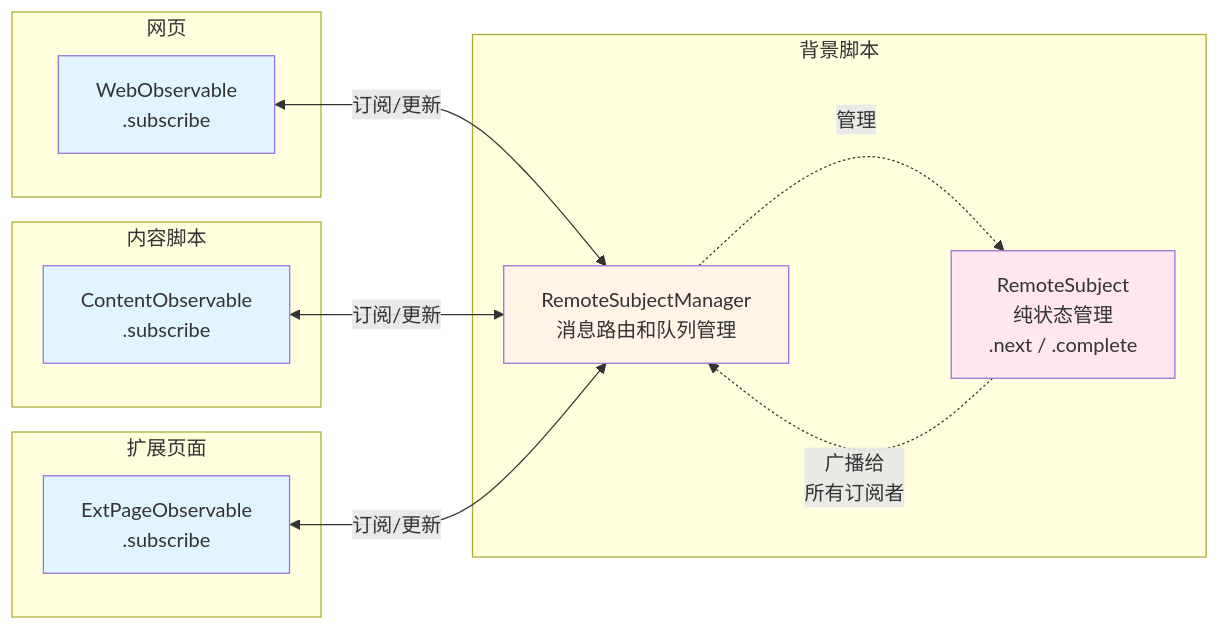
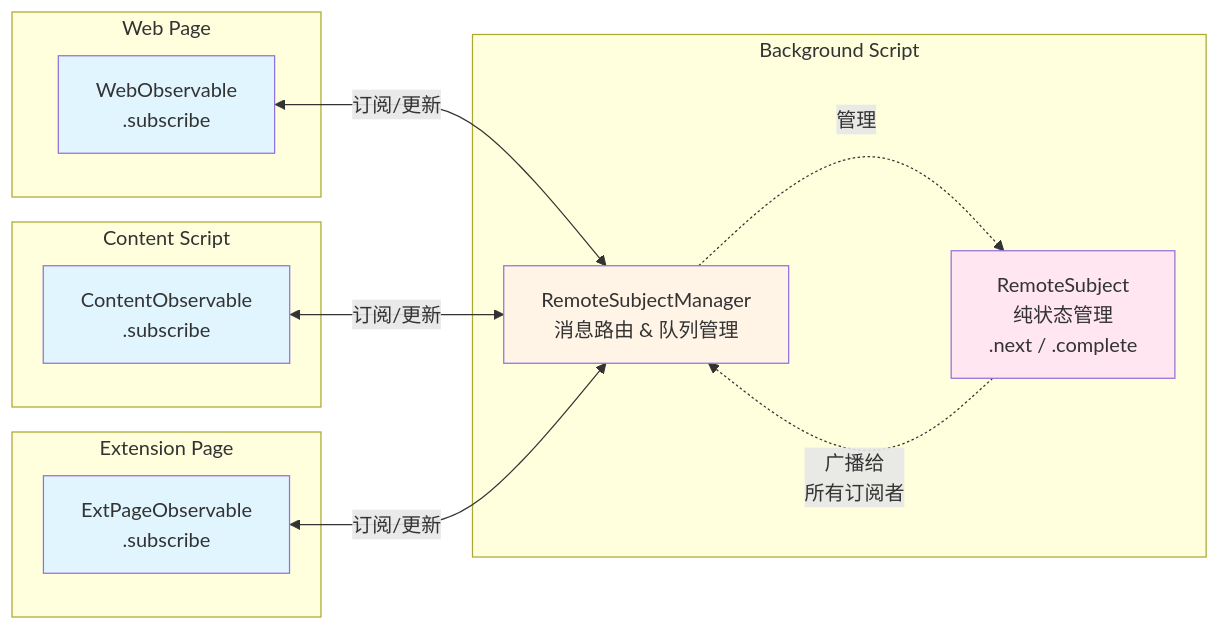
Before and after one commit to weird94/crx-rpc: the second of 2 diagrams in README.zh-CN.md, drawn with Mermaid. The commit also changed other lines of this file and 2 other files, not shown here.

Commit message:
feat: Export background module.

````diff
--- a/README.zh-CN.md
+++ b/README.zh-CN.md
@@ -384,31 +309,31 @@
 ```mermaid
 flowchart LR
-    subgraph WebPage["网页"]
+    subgraph WebPage["Web Page"]
         WO[WebObservable<br/>.subscribe]
     end
     
-    subgraph Background["背景脚本"]
-        RSM[RemoteSubjectManager<br/>消息路由和队列管理]
+    subgraph Background["Background Script"]
+        RSM[RemoteSubjectManager<br/>消息路由 & 队列管理]
         RS[RemoteSubject<br/>纯状态管理<br/>.next / .complete]
     end
     
-    subgraph Content["内容脚本"]
+    subgraph Content["Content Script"]
         CO[ContentObservable<br/>.subscribe]
     end
     
-    subgraph ExtPage["扩展页面"]
+    subgraph ExtPage["Extension Page"]
         EO[ExtPageObservable<br/>.subscribe]
     end
     
     WO <-->|订阅/更新| RSM
     CO <-->|订阅/更新| RSM
     EO <-->|订阅/更新| RSM
     RSM -.->|管理| RS
     RS -.->|广播给<br/>所有订阅者| RSM
     
     style RSM fill:#fff4e6
     style RS fill:#ffe6f0
     style WO fill:#e1f5ff
     style CO fill:#e1f5ff
     style EO fill:#e1f5ff
 ```
````
